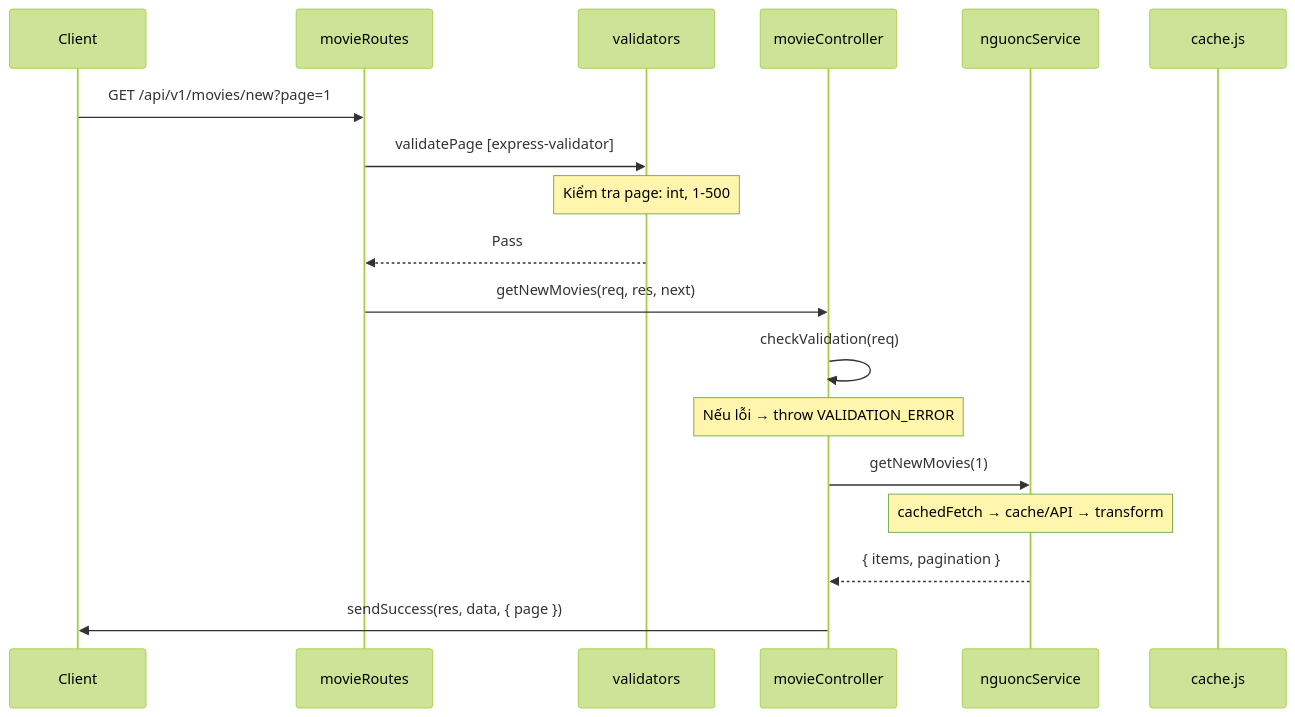
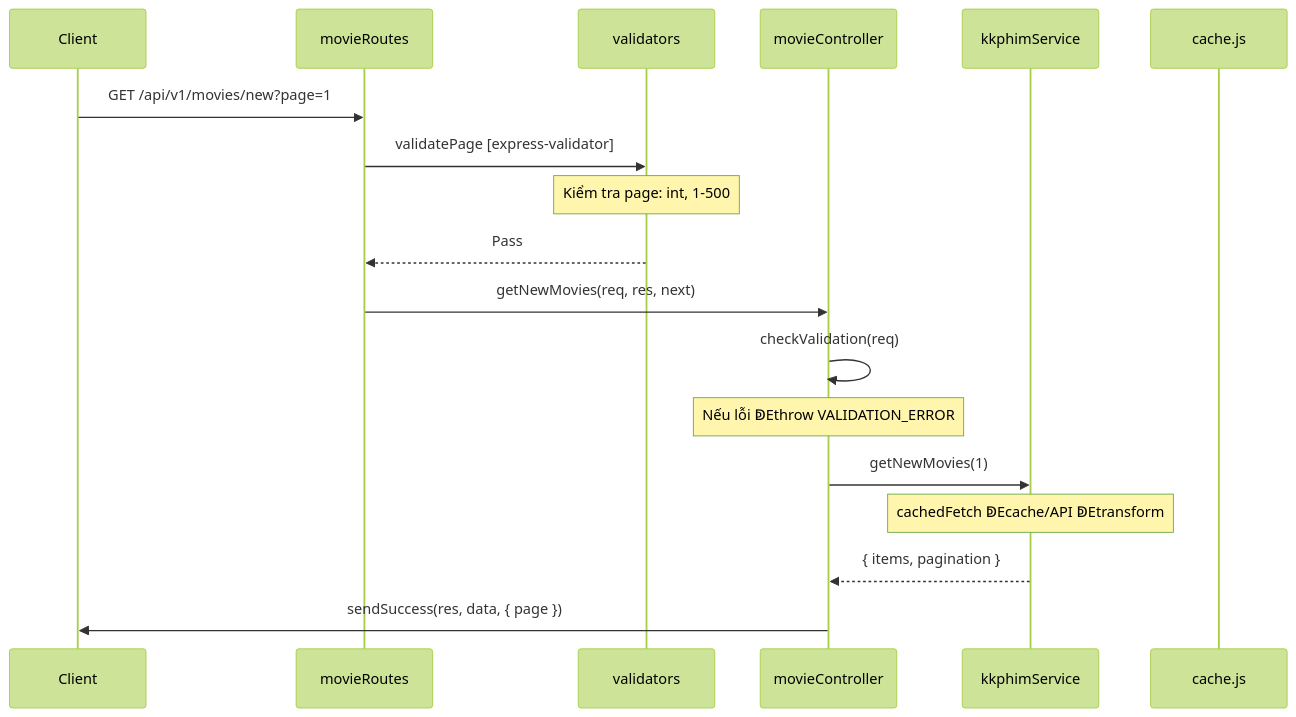
The second of 3 diagrams in document/phase-2/day06-movie-routes-code.md (nan-ntn36/anime3d-chill), drawn with Mermaid (forest theme) before and after one commit. The commit also changed other lines of this file and 29 other files, not shown here.

````diff
--- a/document/phase-2/day06-movie-routes-code.md
+++ b/document/phase-2/day06-movie-routes-code.md
@@ -29,21 +29,21 @@
 ```mermaid
 sequenceDiagram
     participant Client
     participant Router as movieRoutes
     participant Val as validators
     participant Ctrl as movieController
-    participant Svc as nguoncService
+    participant Svc as kkphimService
     participant Cache as cache.js
 
     Client->>Router: GET /api/v1/movies/new?page=1
     Router->>Val: validatePage [express-validator]
     Note over Val: Kiểm tra page: int, 1-500
     Val-->>Router: Pass
     Router->>Ctrl: getNewMovies(req, res, next)
     Ctrl->>Ctrl: checkValidation(req)
-    Note over Ctrl: Nếu lỗi → throw VALIDATION_ERROR
+    Note over Ctrl: Nếu lỗi ↁEthrow VALIDATION_ERROR
     Ctrl->>Svc: getNewMovies(1)
-    Note over Svc: cachedFetch → cache/API → transform
+    Note over Svc: cachedFetch ↁEcache/API ↁEtransform
     Svc-->>Ctrl: { items, pagination }
     Ctrl->>Client: sendSuccess(res, data, { page })
 ```
````
